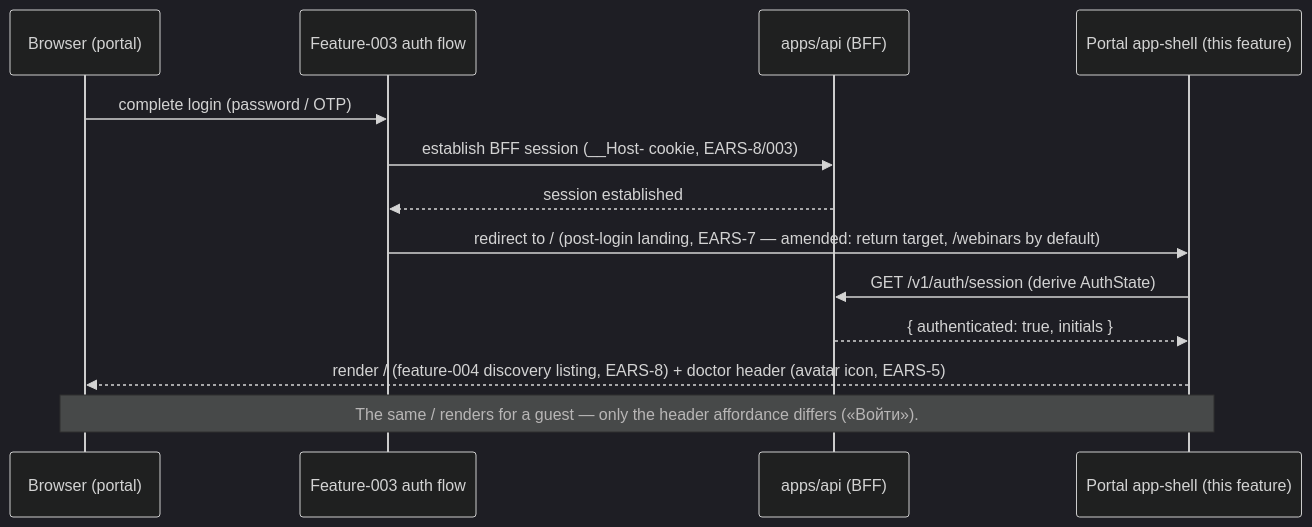
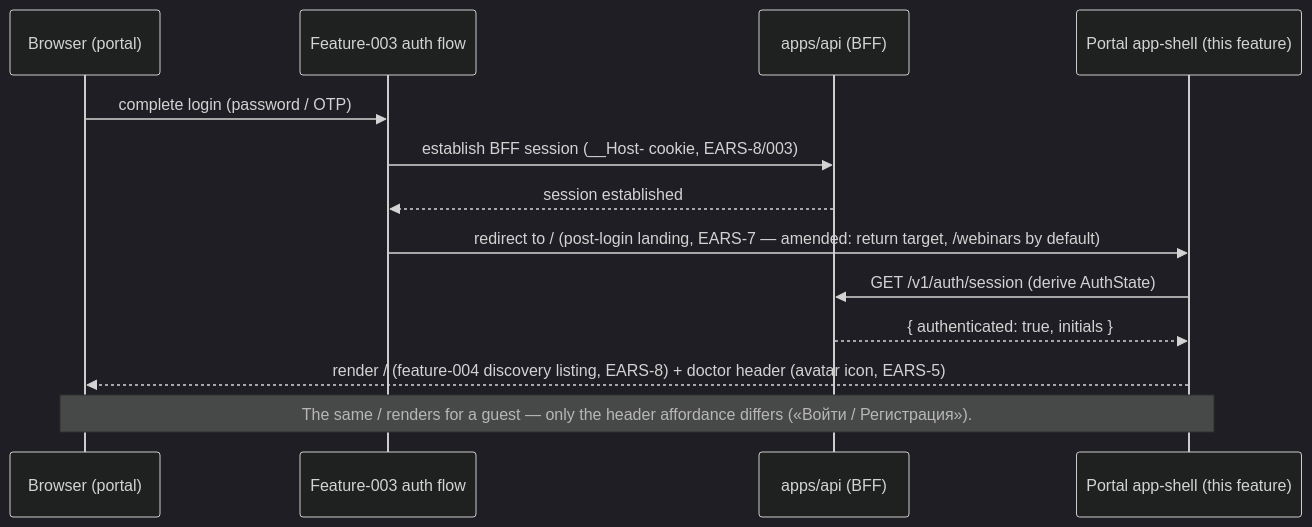
The fourth of 4 diagrams in apps/docs/content/specs/features/008-portal-shell/008-design.md (doctor-school/ds-platform), drawn with Mermaid (dark theme) before and after one commit. The commit also changed other lines of this file and 119 other files, not shown here.

````diff
--- a/apps/docs/content/specs/features/008-portal-shell/008-design.md
+++ b/apps/docs/content/specs/features/008-portal-shell/008-design.md
@@ -98,15 +98,15 @@
 ```mermaid
 sequenceDiagram
   participant B as Browser (portal)
   participant AUTH as Feature-003 auth flow
   participant API as apps/api (BFF)
   participant SHELL as Portal app-shell (this feature)
   B->>AUTH: complete login (password / OTP)
   AUTH->>API: establish BFF session (__Host- cookie, EARS-8/003)
   API-->>AUTH: session established
   AUTH->>SHELL: redirect to / (post-login landing, EARS-7 — amended: return target, /webinars by default)
   SHELL->>API: GET /v1/auth/session (derive AuthState)
   API-->>SHELL: { authenticated: true, initials }
   SHELL-->>B: render / (feature-004 discovery listing, EARS-8) + doctor header (avatar icon, EARS-5)
-  Note over SHELL,B: The same / renders for a guest — only the header affordance differs («Войти»).
+  Note over SHELL,B: The same / renders for a guest — only the header affordance differs («Войти / Регистрация»).
 ```
````
